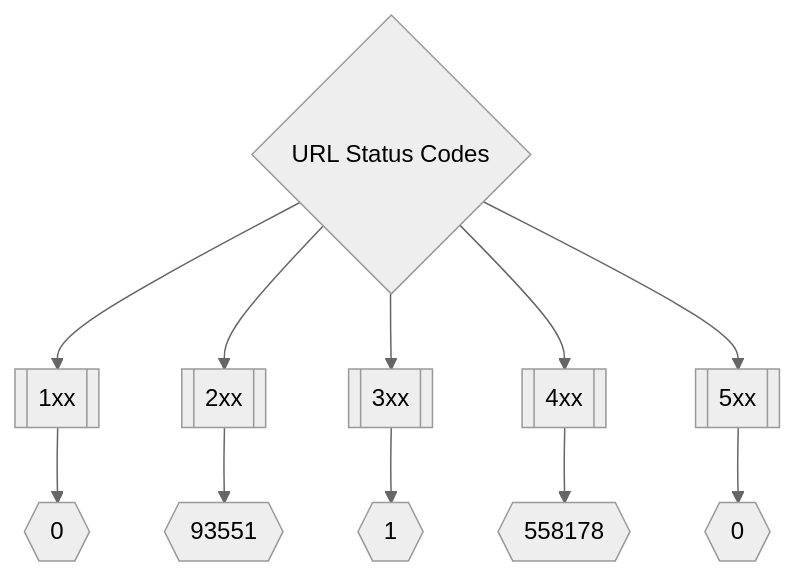
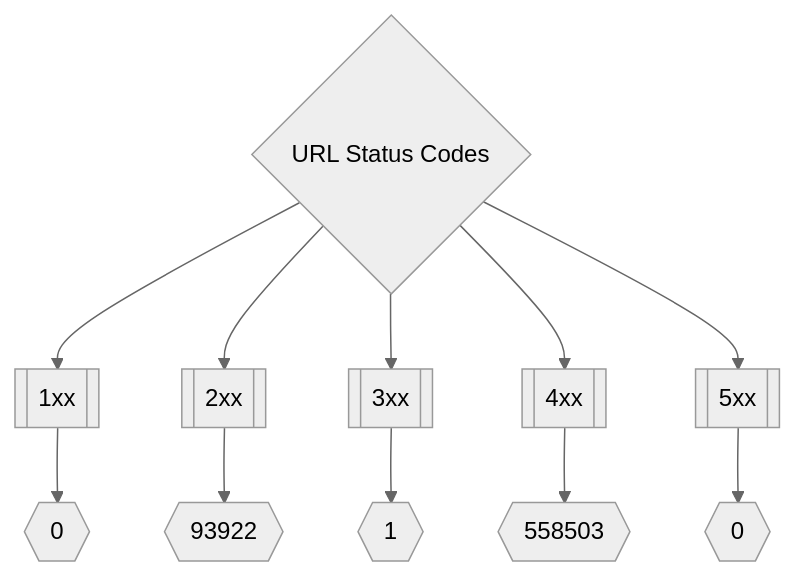
The second of 3 diagrams in README.md (trickest/inventory), drawn with Mermaid (neutral theme) before and after one commit. The commit also changed other lines of this file, not shown here.

Commit message:
Update README.md Thu Jul  7 21:53:49 UTC 2022

````diff
--- a/README.md
+++ b/README.md
@@ -175,8 +175,8 @@
 ```mermaid
 graph TD
 title{URL Status Codes} --> 1xx[[1xx]] --> status1xxNum{{0}}
-title --> 2xx[[2xx]] --> status2xxNum{{93551}}
+title --> 2xx[[2xx]] --> status2xxNum{{93922}}
 title --> 3xx[[3xx]] --> status3xxNum{{1}}
-title --> 4xx[[4xx]] --> status4xxNum{{558178}}
+title --> 4xx[[4xx]] --> status4xxNum{{558503}}
 title --> 5xx[[5xx]] --> status5xxNum{{0}}
 ```
````
